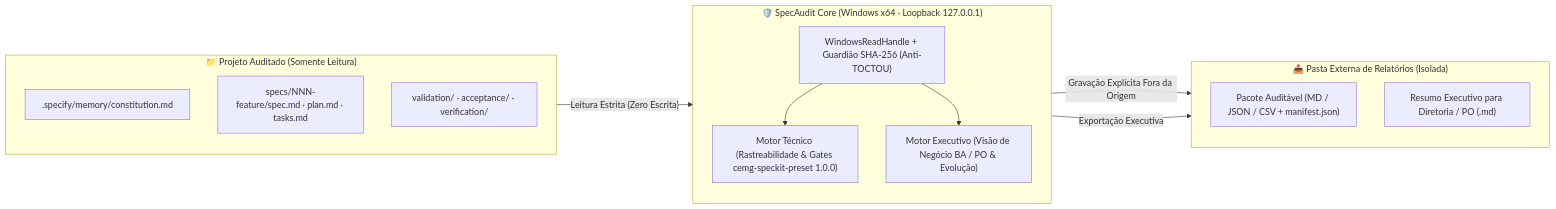
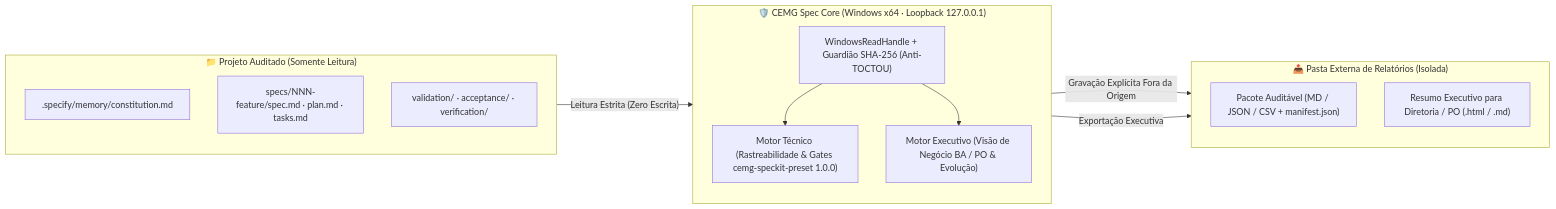
One commit to cwgbittencourt/CemgSpec changed the diagram in README.md. Above: the diagram before and after it, drawn with Mermaid. The commit also changed other lines of this file and 21 other files, not shown here.

Commit message:
feat(rebrand): rebrand product UI, icon, installer, docs and presentation to CEMG Spec (CS badge)

````diff
--- a/README.md
+++ b/README.md
@@ -78,28 +78,28 @@
 ```mermaid
 flowchart LR
     subgraph Origem["📁 Projeto Auditado (Somente Leitura)"]
         direction TB
         C[".specify/memory/constitution.md"]
         S["specs/NNN-feature/spec.md · plan.md · tasks.md"]
         V["validation/ · acceptance/ · verification/"]
     end
 
-    subgraph Core["🛡️ SpecAudit Core (Windows x64 · Loopback 127.0.0.1)"]
+    subgraph Core["🛡️ CEMG Spec Core (Windows x64 · Loopback 127.0.0.1)"]
         direction TB
         H["WindowsReadHandle + Guardião SHA-256 (Anti-TOCTOU)"]
         T["Motor Técnico (Rastreabilidade & Gates cemg-speckit-preset 1.0.0)"]
         B["Motor Executivo (Visão de Negócio BA / PO & Evolução)"]
         H --> T
         H --> B
     end
 
     subgraph Destino["📤 Pasta Externa de Relatórios (Isolada)"]
         direction TB
         R["Pacote Auditável (MD / JSON / CSV + manifest.json)"]
-        E["Resumo Executivo para Diretoria / PO (.md)"]
+        E["Resumo Executivo para Diretoria / PO (.html / .md)"]
     end
 
     Origem -- "Leitura Estrita (Zero Escrita)" --> H
     T -- "Gravação Explícita Fora da Origem" --> R
     B -- "Exportação Executiva" --> E
 ```
````
